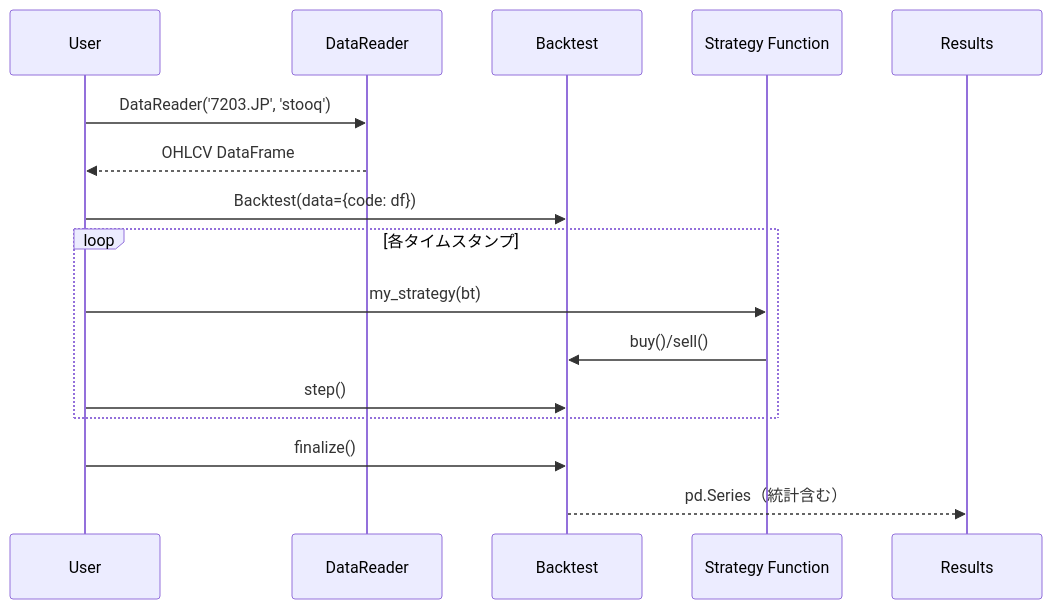
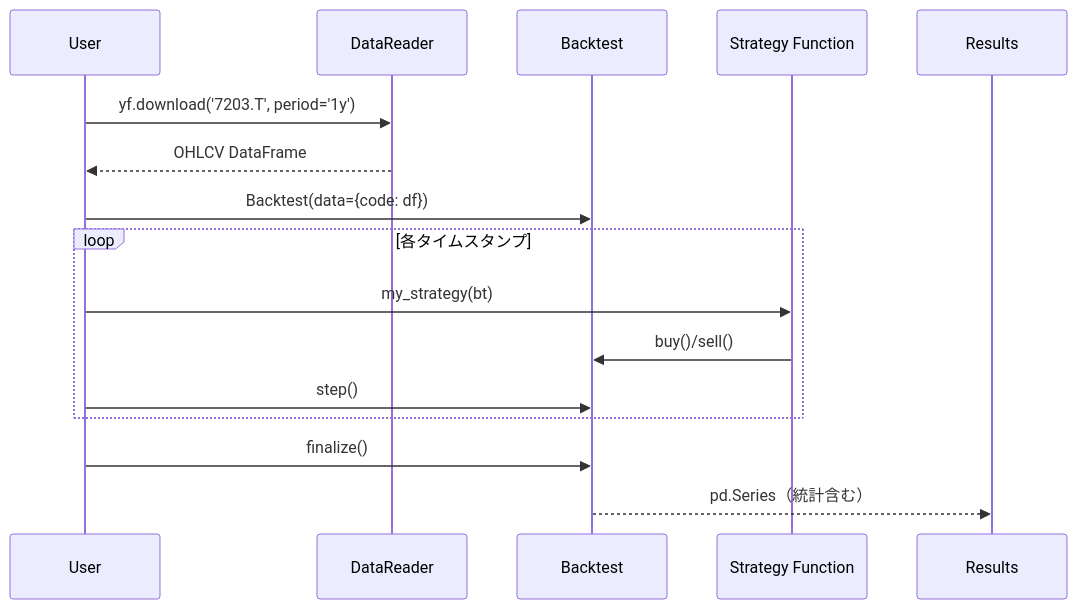
The diagram in docs/tutorial.md (botterYosuke/BackcastPro), drawn with Mermaid before and after one commit. The commit also changed other lines of this file and 11 other files, not shown here.

````diff
--- a/docs/tutorial.md
+++ b/docs/tutorial.md
@@ -27,18 +27,18 @@
 ```mermaid
 sequenceDiagram
     participant U as User
     participant D as DataReader
     participant B as Backtest
     participant S as Strategy Function
     participant R as Results
-    U->>D: DataReader('7203.JP', 'stooq')
+    U->>D: yf.download('7203.T', period='1y')
     D-->>U: OHLCV DataFrame
     U->>B: Backtest(data={code: df})
     loop 各タイムスタンプ
         U->>S: my_strategy(bt)
         S->>B: buy()/sell()
         U->>B: step()
     end
     U->>B: finalize()
     B-->>R: pd.Series（統計含む）
 ```
````
